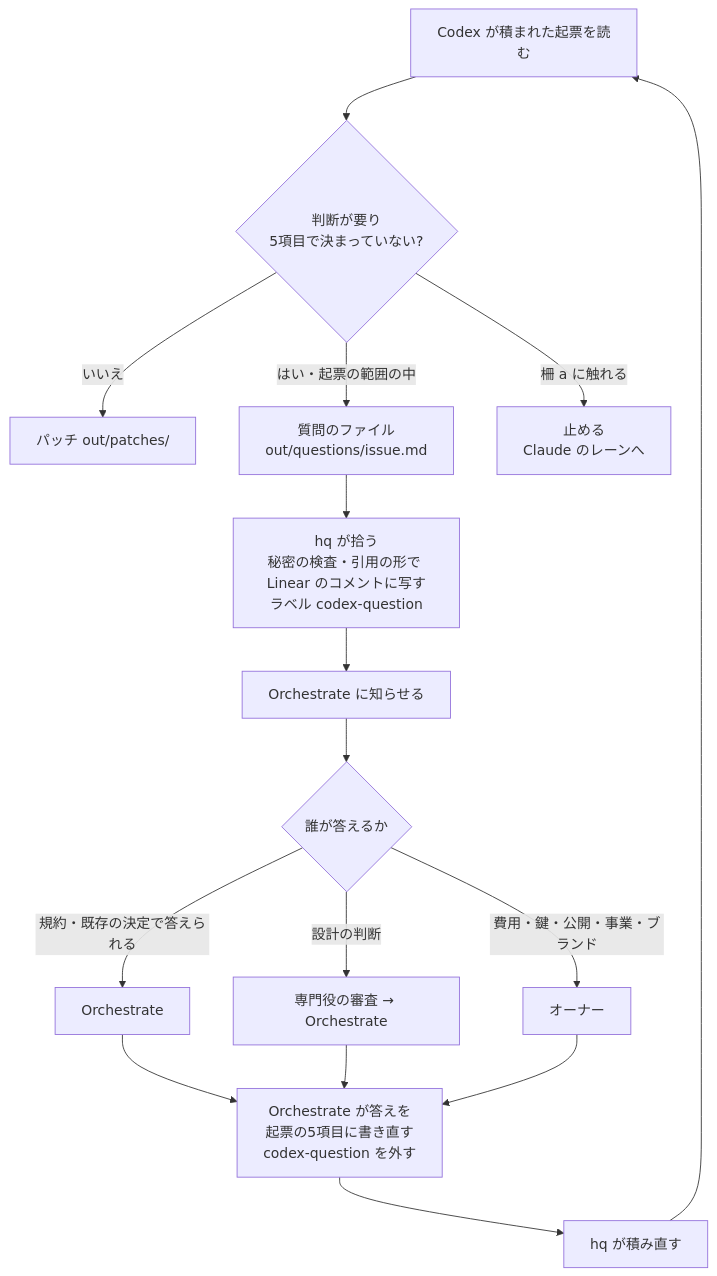
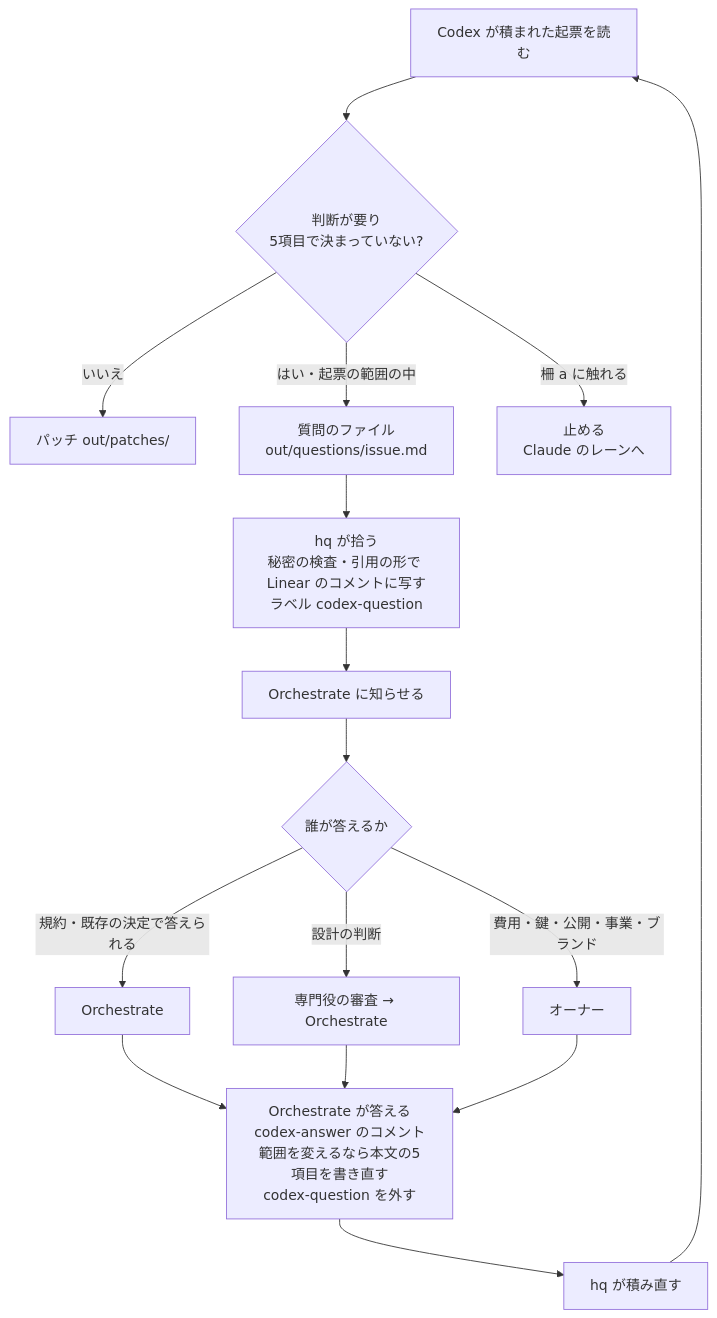
The second of 2 diagrams in docs/operation/codex-backlog.md (rhapsody0919/boatrace-ai-predictor), drawn with Mermaid before and after one commit. The commit also changed other lines of this file and 3 other files, not shown here.

Commit message:
docs: 相談の道を hq の CX04 の実装に合わせる（答えは codex-answer のコメント・書き手の照合・範囲は本文だけ・質問の形）

````diff
--- a/docs/operation/codex-backlog.md
+++ b/docs/operation/codex-backlog.md
@@ -56,16 +57,16 @@
 ```mermaid
 flowchart TD
   Q0[Codex が積まれた起票を読む] --> Q1{判断が要り<br/>5項目で決まっていない?}
   Q1 -->|いいえ| P[パッチ out/patches/]
   Q1 -->|はい・起票の範囲の中| Q2[質問のファイル<br/>out/questions/issue.md]
   Q1 -->|柵 a に触れる| ST[止める<br/>Claude のレーンへ]
   Q2 --> H1[hq が拾う<br/>秘密の検査・引用の形で Linear のコメントに写す<br/>ラベル codex-question]
   H1 --> O[Orchestrate に知らせる]
   O --> D{誰が答えるか}
   D -->|規約・既存の決定で答えられる| A1[Orchestrate]
   D -->|設計の判断| A2[専門役の審査 → Orchestrate]
   D -->|費用・鍵・公開・事業・ブランド| A3[オーナー]
-  A1 & A2 & A3 --> W[Orchestrate が答えを<br/>起票の5項目に書き直す<br/>codex-question を外す]
+  A1 & A2 & A3 --> W[Orchestrate が答える<br/>codex-answer のコメント<br/>範囲を変えるなら本文の5項目を書き直す<br/>codex-question を外す]
   W --> H2[hq が積み直す]
   H2 --> Q0
 ```
````
